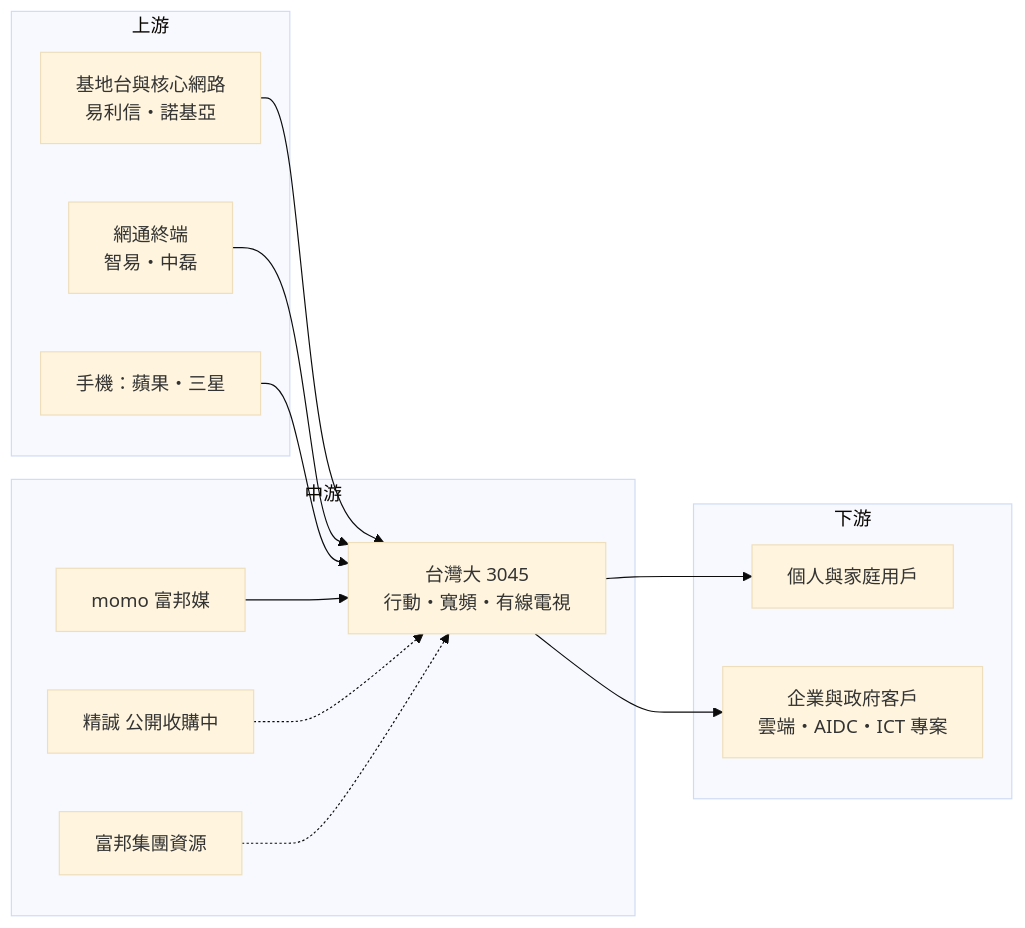
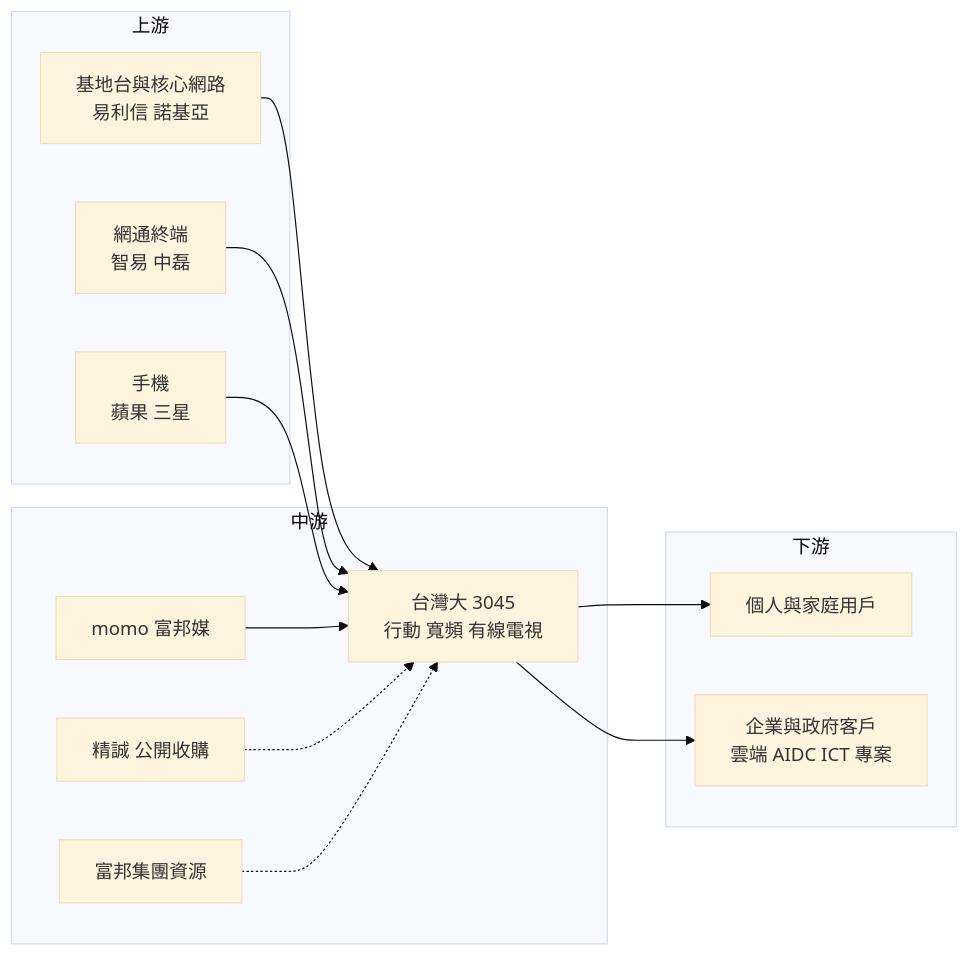
The third of 3 diagrams in 個股/台股/3045台灣大.md (wangnick1004/taiwan-stock-vault), drawn with Mermaid (base theme) before and after one commit. The commit also changed other lines of this file and 6 other files, not shown here.

````diff
--- a/個股/台股/3045台灣大.md
+++ b/個股/台股/3045台灣大.md
@@ -211,26 +216,26 @@
 ```mermaid
 flowchart LR
     subgraph 上游
-        A1[基地台與核心網路<br/>易利信・諾基亞]
-        A2[網通終端<br/>智易・中磊]
-        A3[手機：蘋果・三星]
+        A1["基地台與核心網路<br/>易利信 諾基亞"]
+        A2["網通終端<br/>智易 中磊"]
+        A3["手機<br/>蘋果 三星"]
     end
     subgraph 中游
-        B[台灣大 3045<br/>行動・寬頻・有線電視]
+        B["台灣大 3045<br/>行動 寬頻 有線電視"]
         B1[momo 富邦媒]
-        B2[精誠 公開收購中]
+        B2[精誠 公開收購]
         B3[富邦集團資源]
     end
     subgraph 下游
         C1[個人與家庭用戶]
-        C2[企業與政府客戶<br/>雲端・AIDC・ICT 專案]
+        C2["企業與政府客戶<br/>雲端 AIDC ICT 專案"]
     end
     A1 --> B
     A2 --> B
     A3 --> B
     B1 --> B
     B2 -.-> B
     B3 -.-> B
     B --> C1
     B --> C2
 ```
````
